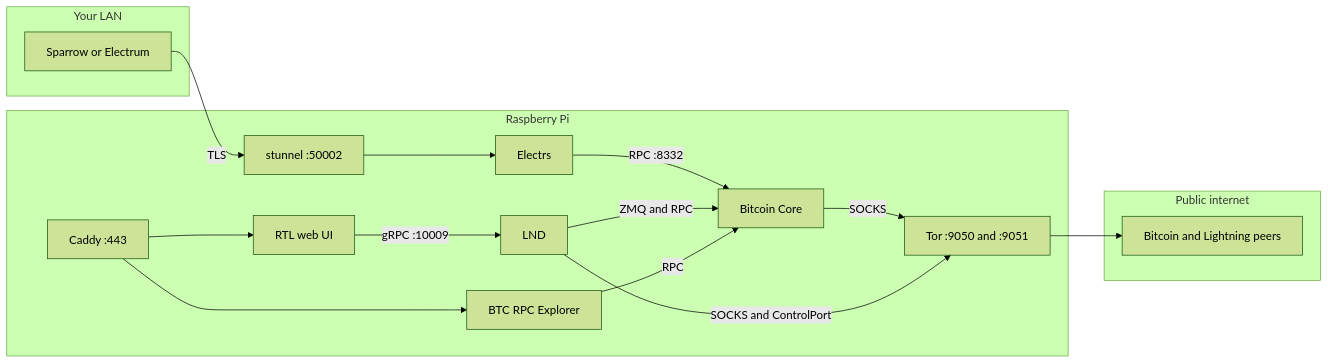
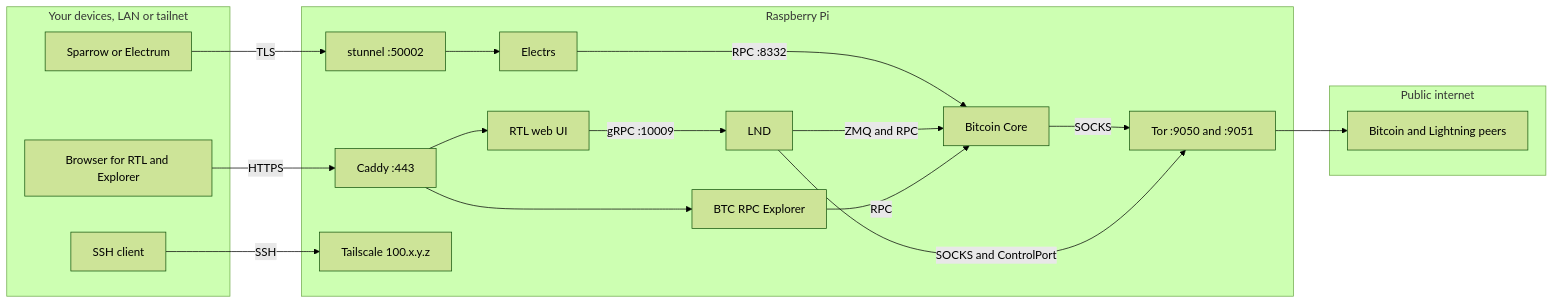
One commit to Stadicus/RaspiBolt changed the first of 2 diagrams in guide/architecture.mdx. Above: the diagram before and after it, drawn with Mermaid (forest theme). The commit also changed other lines of this file and 4 other files, not shown here.

````diff
--- a/guide/architecture.mdx
+++ b/guide/architecture.mdx
@@ -15,34 +15,39 @@
 ```mermaid
 graph LR
   subgraph net[Public internet]
     peers[Bitcoin and Lightning peers]
   end
 
   subgraph pi[Raspberry Pi]
     B[Bitcoin Core]
     E[Electrs]
     L[LND]
     BE[BTC RPC Explorer]
     RTL[RTL web UI]
     C[Caddy :443]
     ST[stunnel :50002]
     T[Tor :9050 and :9051]
+    TS[Tailscale 100.x.y.z]
   end
 
-  subgraph lan[Your LAN]
+  subgraph you[Your devices, LAN or tailnet]
     W[Sparrow or Electrum]
+    H[Browser for RTL and Explorer]
+    S[SSH client]
   end
 
   B -- SOCKS --> T
   L -- SOCKS and ControlPort --> T
   T --> peers
 
   W -- TLS --> ST
   ST --> E
   E -- RPC :8332 --> B
   L -- ZMQ and RPC --> B
   BE -- RPC --> B
   RTL -- gRPC :10009 --> L
+  H -- HTTPS --> C
   C --> BE
   C --> RTL
+  S -- SSH --> TS
 ```
````
